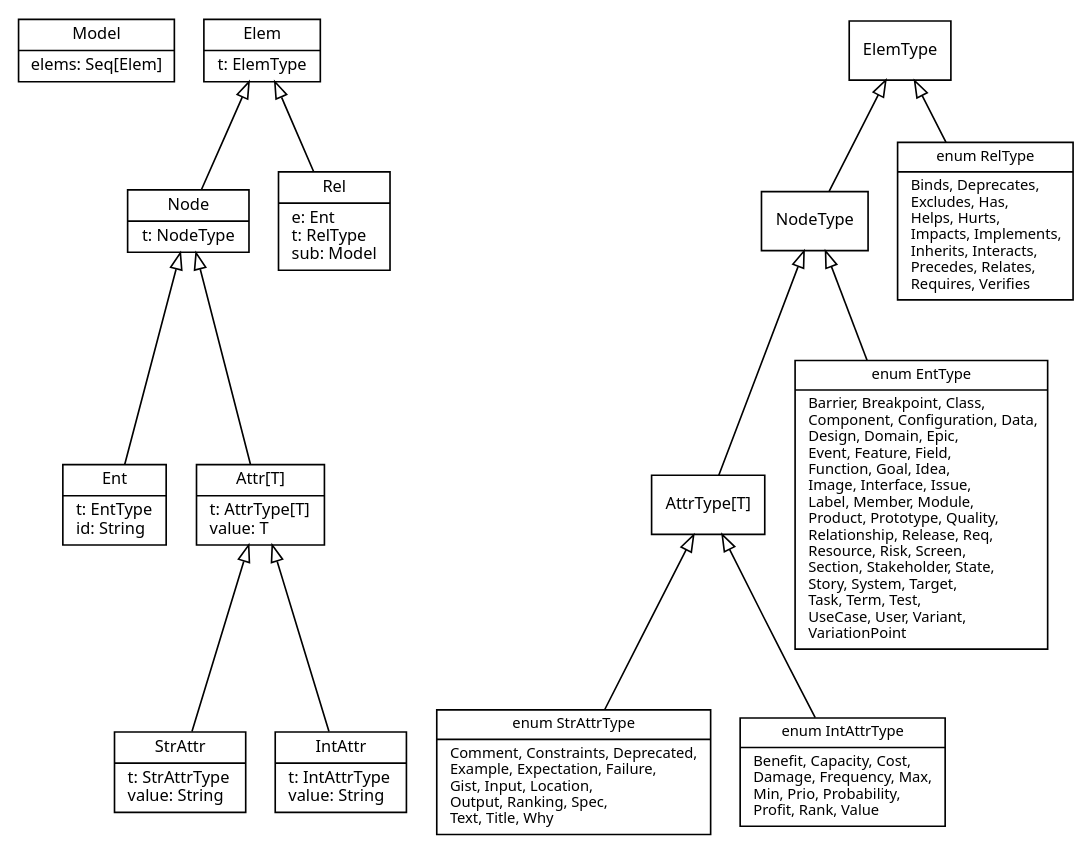
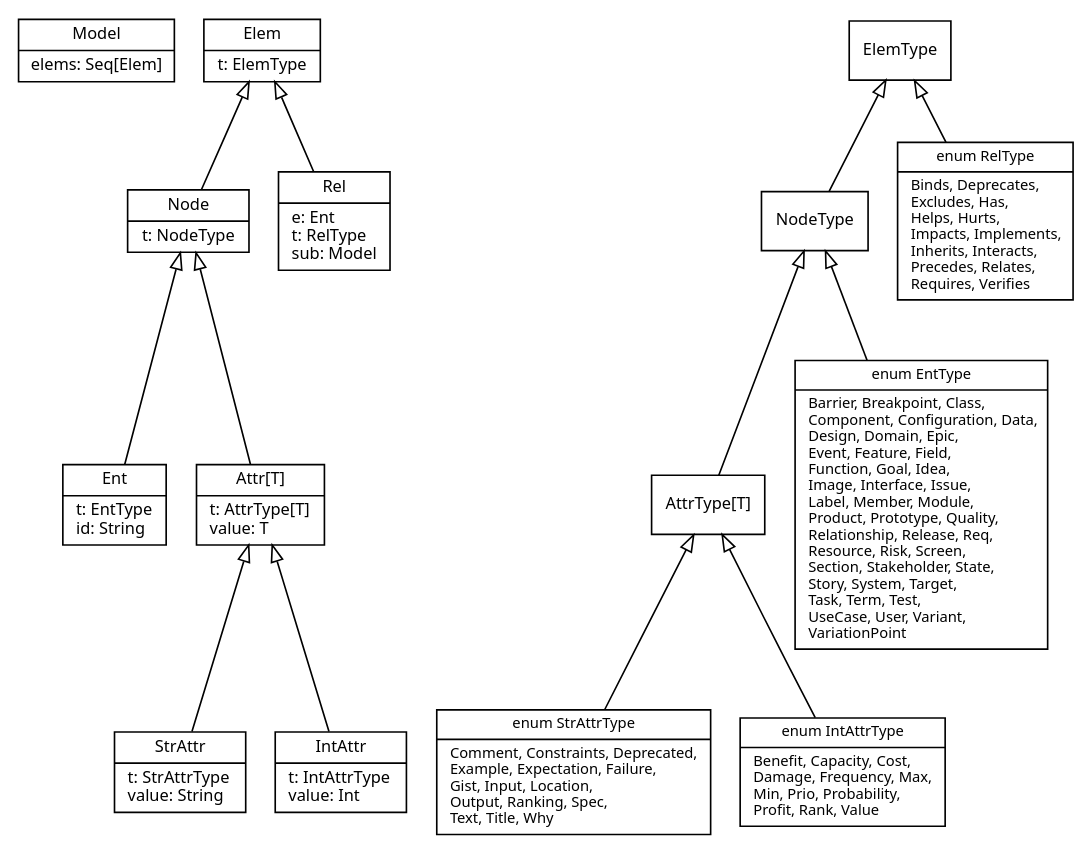
Before and after one commit to reqT/reqT-lang: the diagram in docs/metamodel-All-GENERATED.dot, drawn with Graphviz. The commit also changed 2 other files, not shown here.

Commit message:
fix wrong type in metamodel graph

```diff
--- a/docs/metamodel-All-GENERATED.dot
+++ b/docs/metamodel-All-GENERATED.dot
@@ -1,52 +1,52 @@
 digraph Metamodel {
   fontname = "Sans"
   fontsize = 10
   rankdir =  "BT"
   ordering = "out"
   nojustify = true
 
   node [
     fontname = "Sans"
     fontsize = 10
     shape = "record"
   ]
 
   edge [
     arrowhead = "empty"
   ]
 
     { rank = same; Model; Elem; ElemType; }
     { rank = same; Node_; Rel; }
     { rank = same; Ent; Attr; AttrType; }
 
 
     Model [ label = "{Model|elems: Seq[Elem]}" fontsize = 10]
     Elem [ label = "{Elem|t: ElemType}" fontsize = 10]
     Node_ [ label = "{Node|t: NodeType}" fontsize = 10]
     Rel [ label = "{Rel|e: Ent\lt: RelType\lsub: Model\l}" fontsize = 10]
     Ent [ label = "{Ent|t: EntType\lid: String\l}" fontsize = 10]
     Attr [ label = "{Attr[T]|t: AttrType[T]\lvalue: T\l}" fontsize = 10]
     StrAttr [ label = "{StrAttr|t: StrAttrType\lvalue: String\l}" fontsize = 10]
-    IntAttr [ label = "{IntAttr|t: IntAttrType\lvalue: String\l}" fontsize = 10]
+    IntAttr [ label = "{IntAttr|t: IntAttrType\lvalue: Int\l}" fontsize = 10]
     NodeType [ label = "{NodeType}" fontsize = 10]
     AttrType [ label = "{AttrType[T]}" fontsize = 10]
     RelType [ label = "{enum RelType|Binds, Deprecates,\lExcludes, Has,\lHelps, Hurts,\lImpacts, Implements,\lInherits, Interacts,\lPrecedes, Relates,\lRequires, Verifies\l}" fontsize = 9]
     EntType [ label = "{enum EntType|Barrier, Breakpoint, Class,\lComponent, Configuration, Data,\lDesign, Domain, Epic,\lEvent, Feature, Field,\lFunction, Goal, Idea,\lImage, Interface, Issue,\lLabel, Member, Module,\lProduct, Prototype, Quality,\lRelationship, Release, Req,\lResource, Risk, Screen,\lSection, Stakeholder, State,\lStory, System, Target,\lTask, Term, Test,\lUseCase, User, Variant,\lVariationPoint\l}" fontsize = 9]
     StrAttrType [ label = "{enum StrAttrType|Comment, Constraints, Deprecated,\lExample, Expectation, Failure,\lGist, Input, Location,\lOutput, Ranking, Spec,\lText, Title, Why\l}" fontsize = 9]
     IntAttrType [ label = "{enum IntAttrType|Benefit, Capacity, Cost,\lDamage, Frequency, Max,\lMin, Prio, Probability,\lProfit, Rank, Value\l}" fontsize = 9]
 
 
     Node_ -> Elem
     Rel -> Elem
     Ent -> Node_
     Attr -> Node_
     StrAttr -> Attr
     IntAttr -> Attr
     NodeType -> ElemType
     RelType -> ElemType
     EntType -> NodeType
     AttrType -> NodeType
     StrAttrType -> AttrType
     IntAttrType -> AttrType
 
 }
```
